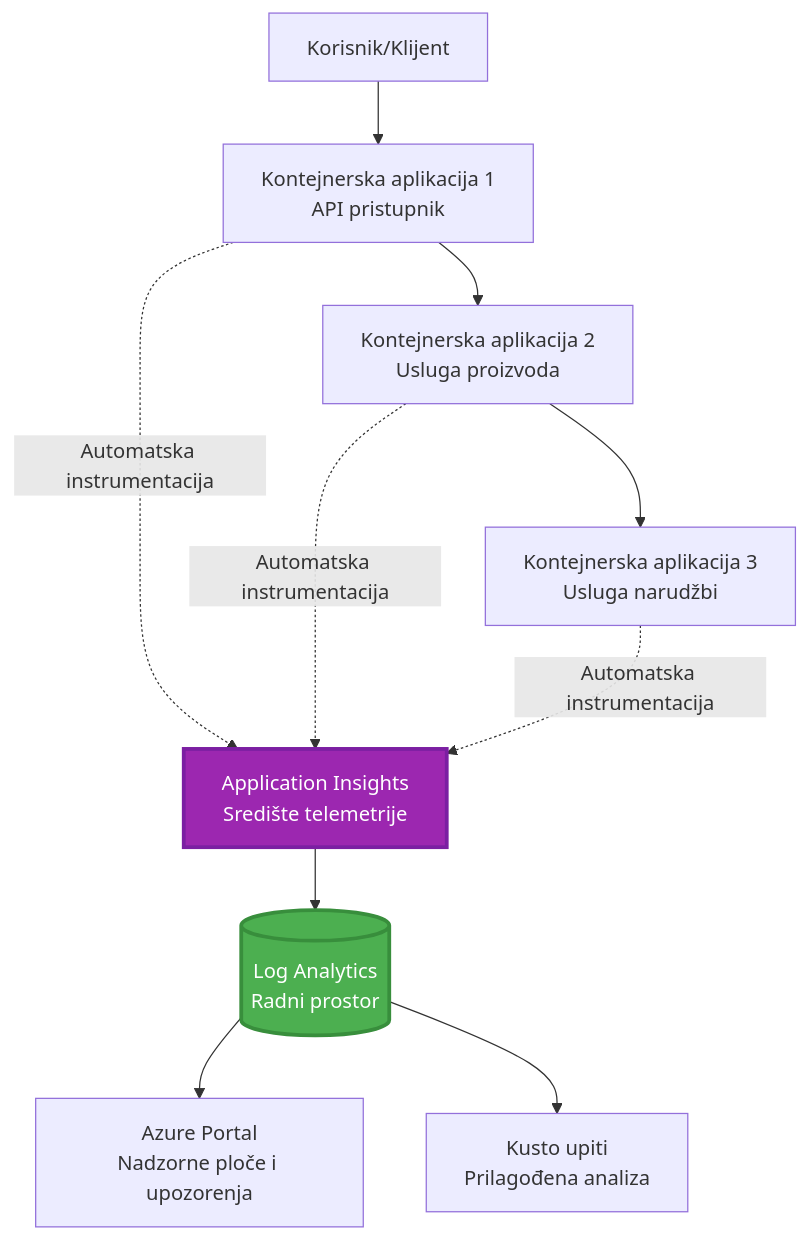
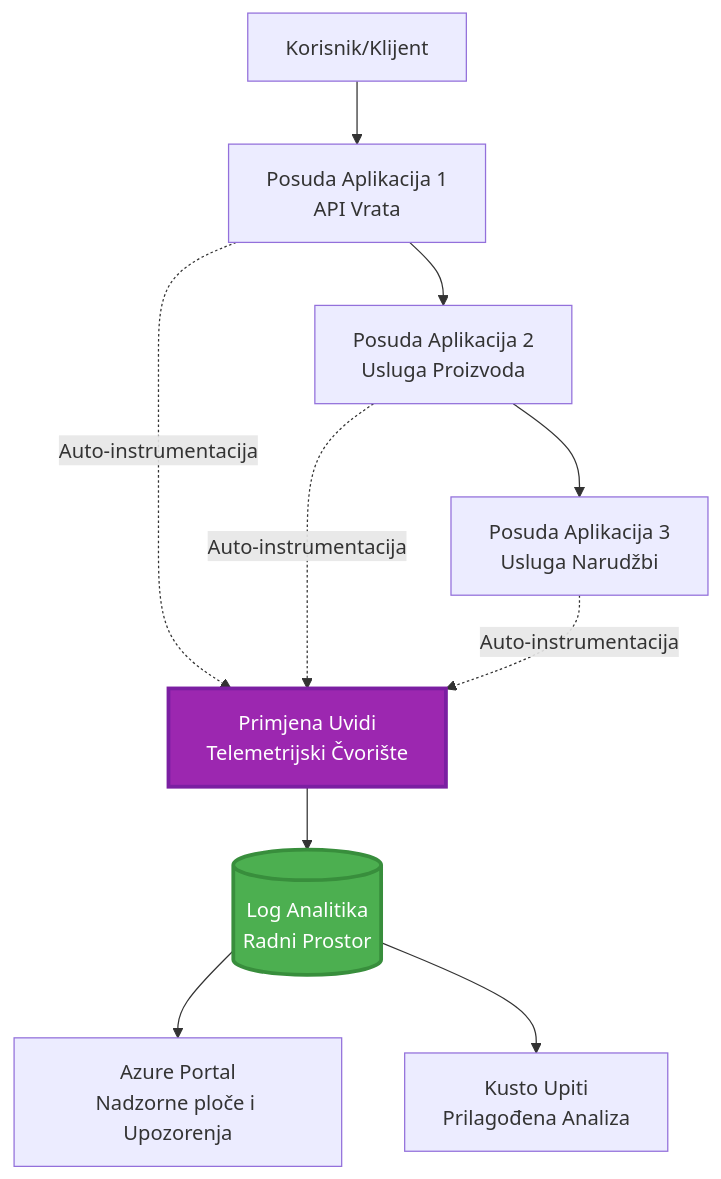
Before and after one commit to microsoft/AZD-for-beginners: the first of 2 diagrams in translations/hr/docs/chapter-06-pre-deployment/application-insights.md, drawn with Mermaid. The commit also changed other lines of this file and 101 other files, not shown here.

````diff
--- a/translations/hr/docs/chapter-06-pre-deployment/application-insights.md
+++ b/translations/hr/docs/chapter-06-pre-deployment/application-insights.md
@@ -58,28 +58,28 @@
 ```mermaid
 graph TB
     User[Korisnik/Klijent]
-    App1[Kontejnerska aplikacija 1<br/>API pristupnik]
-    App2[Kontejnerska aplikacija 2<br/>Usluga proizvoda]
-    App3[Kontejnerska aplikacija 3<br/>Usluga narudžbi]
+    App1[Posuda Aplikacija 1<br/>API Vrata]
+    App2[Posuda Aplikacija 2<br/>Usluga Proizvoda]
+    App3[Posuda Aplikacija 3<br/>Usluga Narudžbi]
     
-    AppInsights[Application Insights<br/>Središte telemetrije]
-    LogAnalytics[(Log Analytics<br/>Radni prostor)]
+    AppInsights[Primjena Uvidi<br/>Telemetrijski Čvorište]
+    LogAnalytics[(Log Analitika<br/>Radni Prostor)]
     
-    Portal[Azure Portal<br/>Nadzorne ploče i upozorenja]
-    Query[Kusto upiti<br/>Prilagođena analiza]
+    Portal[Azure Portal<br/>Nadzorne ploče i Upozorenja]
+    Query[Kusto Upiti<br/>Prilagođena Analiza]
     
     User --> App1
     App1 --> App2
     App2 --> App3
     
-    App1 -.->|Automatska instrumentacija| AppInsights
-    App2 -.->|Automatska instrumentacija| AppInsights
-    App3 -.->|Automatska instrumentacija| AppInsights
+    App1 -.->|Auto-instrumentacija| AppInsights
+    App2 -.->|Auto-instrumentacija| AppInsights
+    App3 -.->|Auto-instrumentacija| AppInsights
     
     AppInsights --> LogAnalytics
     LogAnalytics --> Portal
     LogAnalytics --> Query
     
     style AppInsights fill:#9C27B0,stroke:#7B1FA2,stroke-width:3px,color:#fff
     style LogAnalytics fill:#4CAF50,stroke:#388E3C,stroke-width:3px,color:#fff
 ```
````
